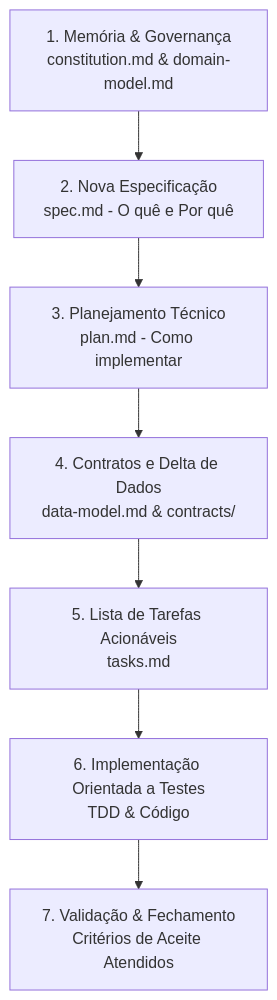
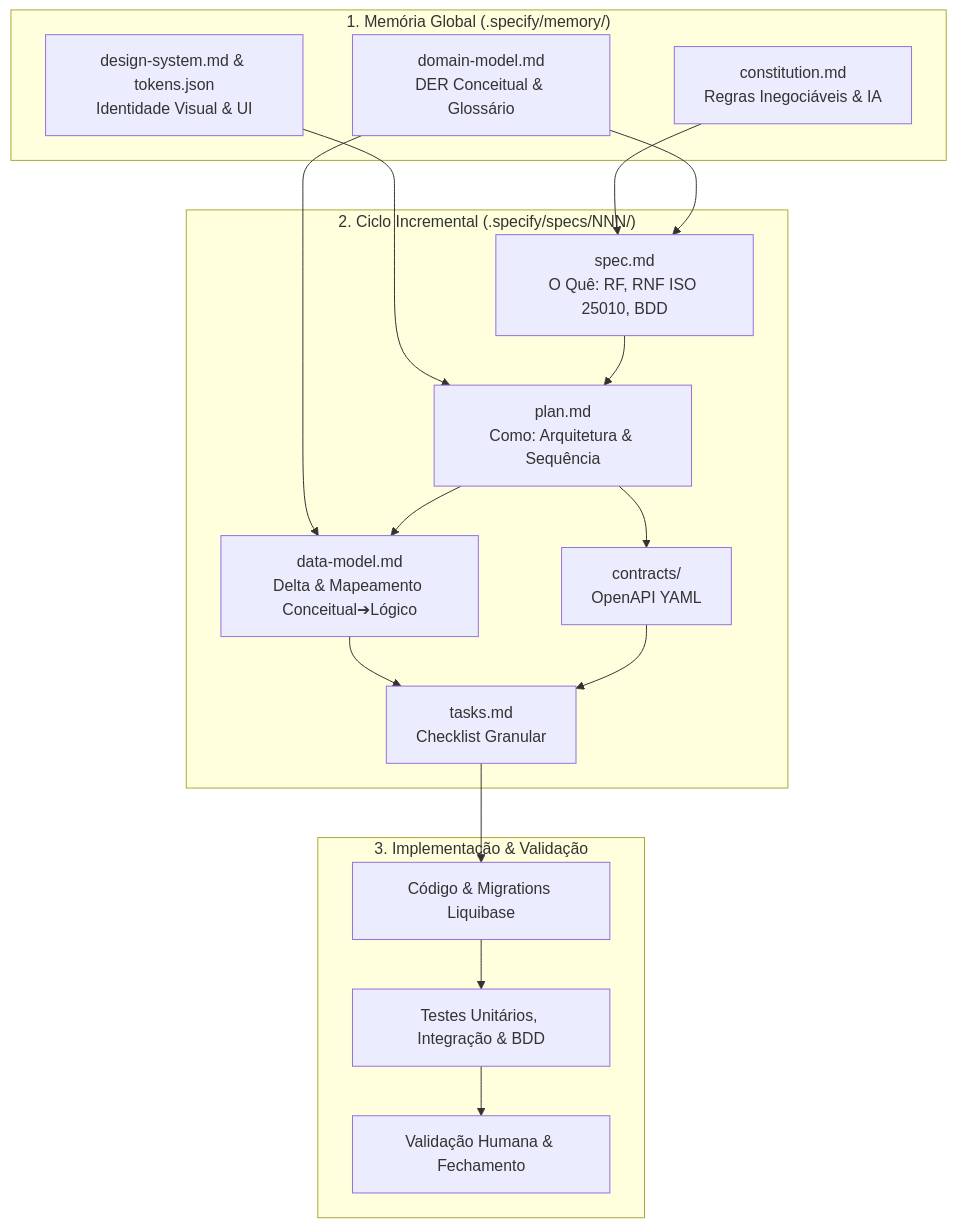
The diagram in .specify/README.md (lopxs1/MetodologiaSDD), drawn with Mermaid before and after one commit. The commit also changed other lines of this file and 8 other files, not shown here.

First line of the commit message:
feat(specify): inicializar governança SDD e modelo de domínio do AMDE Digital

````diff
--- a/.specify/README.md
+++ b/.specify/README.md
@@ -30,9 +41,35 @@
 ```mermaid
 flowchart TD
-    A[1. Memória & Governança<br/>constitution.md & domain-model.md] --> B[2. Nova Especificação<br/>spec.md - O quê e Por quê]
-    B --> C[3. Planejamento Técnico<br/>plan.md - Como implementar]
-    C --> D[4. Contratos e Delta de Dados<br/>data-model.md & contracts/]
-    D --> E[5. Lista de Tarefas Acionáveis<br/>tasks.md]
-    E --> F[6. Implementação Orientada a Testes<br/>TDD & Código]
-    F --> G[7. Validação & Fechamento<br/>Critérios de Aceite Atendidos]
+    subgraph Memoria ["1. Memória Global (.specify/memory/)"]
+        CONST[constitution.md<br/>Regras Inegociáveis & IA]
+        DOM[domain-model.md<br/>DER Conceitual & Glossário]
+        DS[design-system.md & tokens.json<br/>Identidade Visual & UI]
+    end
+
+    subgraph SpecCiclo ["2. Ciclo Incremental (.specify/specs/NNN/)"]
+        SPEC[spec.md<br/>O Quê: RF, RNF ISO 25010, BDD]
+        PLAN[plan.md<br/>Como: Arquitetura & Sequência]
+        DATA[data-model.md<br/>Delta & Mapeamento Conceitual➔Lógico]
+        CONT[contracts/<br/>OpenAPI YAML]
+        TASKS[tasks.md<br/>Checklist Granular]
+    end
+
+    subgraph Execucao ["3. Implementação & Validação"]
+        CODE[Código & Migrations Liquibase]
+        TESTS[Testes Unitários, Integração & BDD]
+        REVIEW[Validação Humana & Fechamento]
+    end
+
+    CONST --> SPEC
+    DOM --> SPEC
+    DOM --> DATA
+    DS --> PLAN
+    SPEC --> PLAN
+    PLAN --> DATA
+    PLAN --> CONT
+    DATA --> TASKS
+    CONT --> TASKS
+    TASKS --> CODE
+    CODE --> TESTS
+    TESTS --> REVIEW
 ```
````
